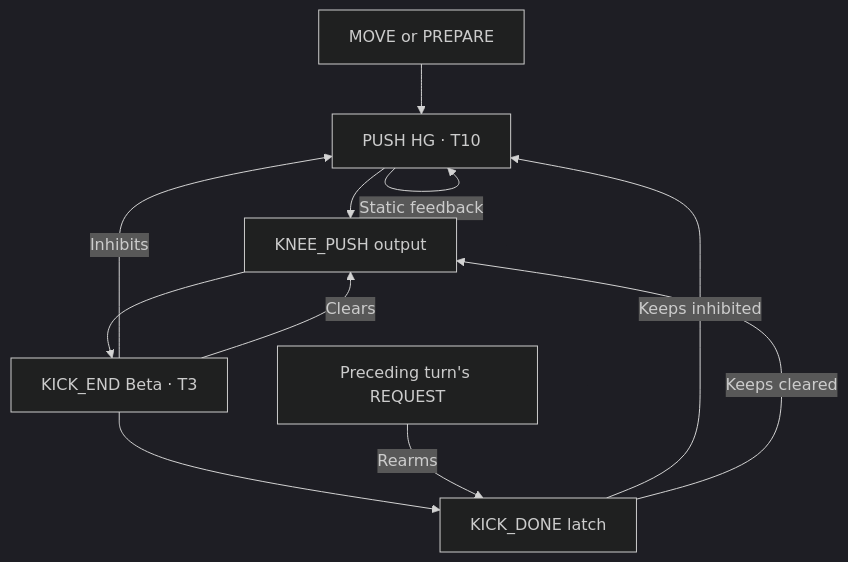
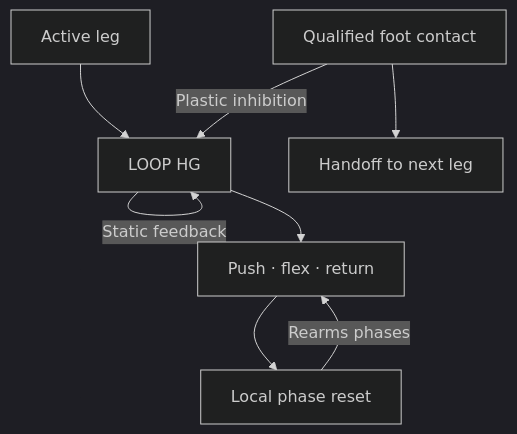
One commit to artificial-brains-inc/primalux-quadruped-walk-neural-loop changed the diagram in docs/PUSH.md. Above: the diagram before and after it, drawn with Mermaid (dark theme). The commit also changed other lines of this file and 27 other files, not shown here.

Commit message:
Retain leg attempts until plastic sensor inhibition confirms landing

````diff
--- a/docs/PUSH.md
+++ b/docs/PUSH.md
@@ -8,13 +8,10 @@
 ```mermaid
 flowchart TD
-  P["MOVE or PREPARE"] --> H["PUSH HG · T10"]
-  H -->|Static feedback| H
-  H --> O["KNEE_PUSH output"]
-  O --> E["KICK_END Beta · T3"]
-  E -->|Inhibits| H
-  E -->|Clears| O
-  E --> D["KICK_DONE latch"]
-  D -->|Keeps inhibited| H
-  D -->|Keeps cleared| O
-  R["Preceding turn's REQUEST"] -->|Rearms| D
+  A["Active leg"] --> L["LOOP HG"]
+  L -->|Static feedback| L
+  L --> M["Push · flex · return"]
+  M --> R["Local phase reset"]
+  R -->|Rearms phases| M
+  S["Qualified foot contact"] -->|Plastic inhibition| L
+  S --> H["Handoff to next leg"]
 ```
````
